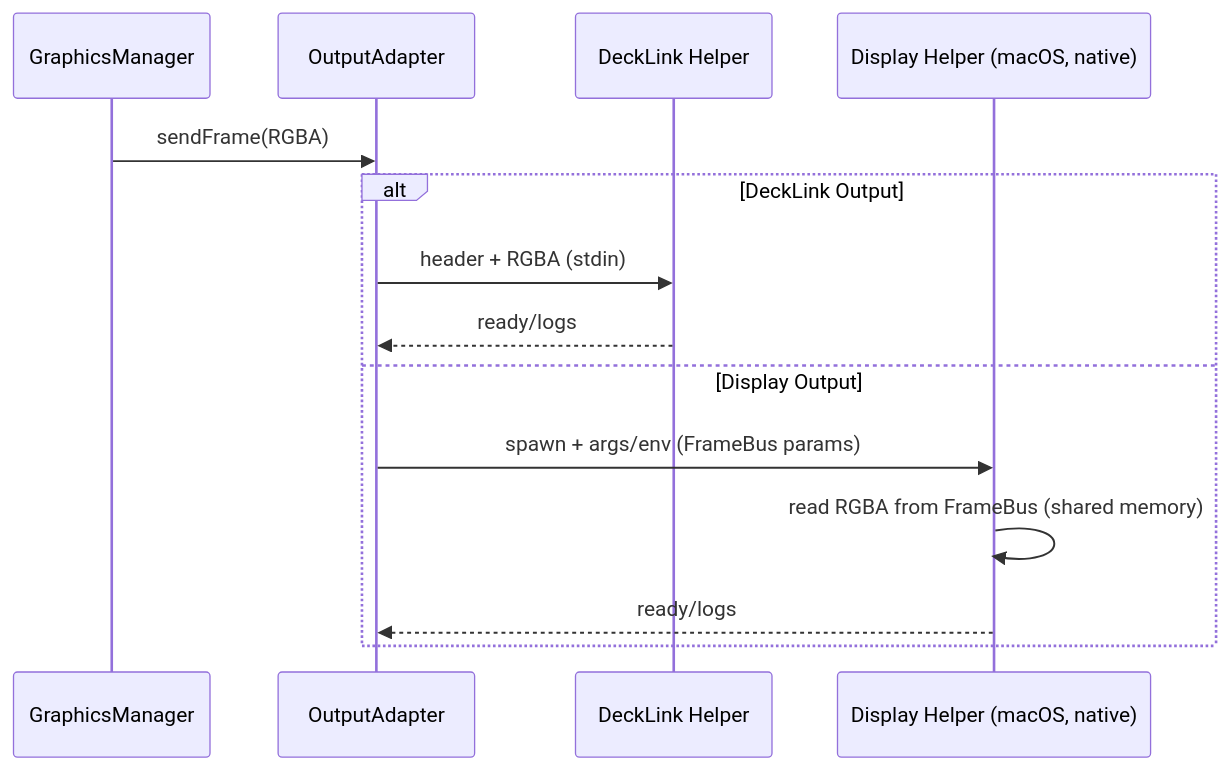
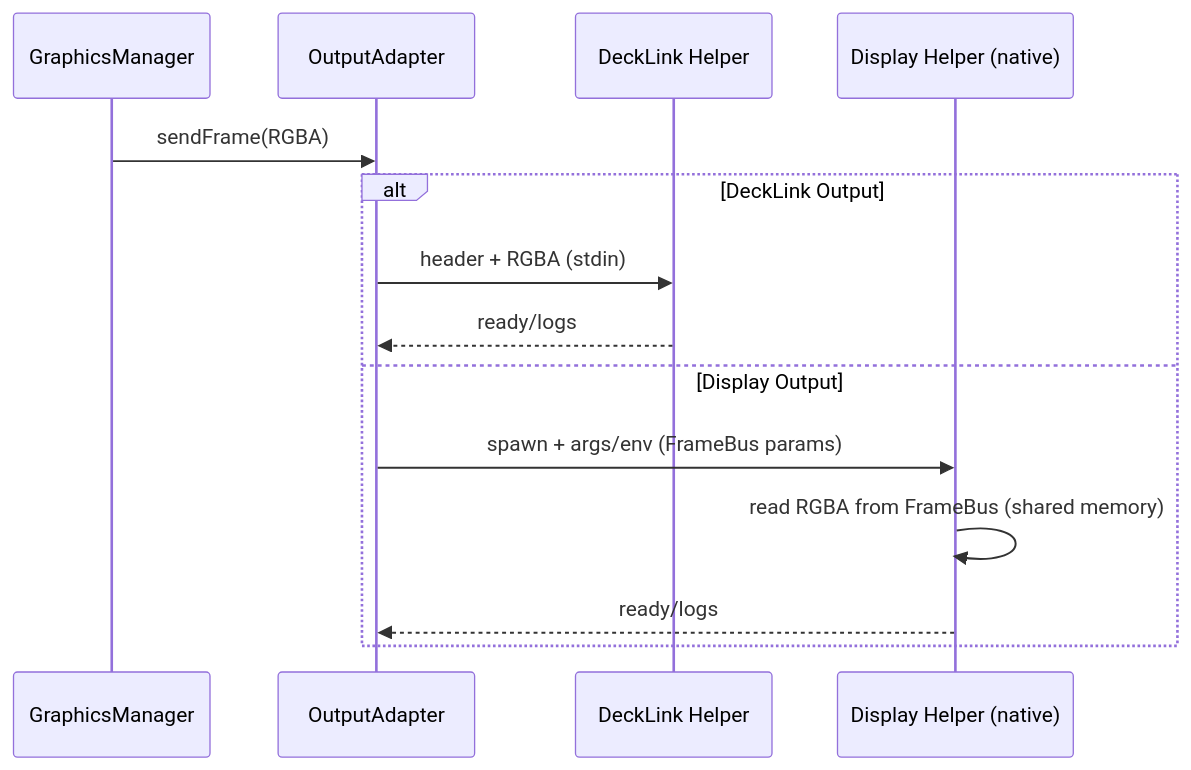
One commit to pivotrecruiting/broadify-bridge changed the diagram in docs/bridge/subsystems/output-helper.md. Above: the diagram before and after it, drawn with Mermaid. The commit also changed other lines of this file and 20 other files, not shown here.

````diff
--- a/docs/bridge/subsystems/output-helper.md
+++ b/docs/bridge/subsystems/output-helper.md
@@ -26,17 +26,17 @@
 ```mermaid
 sequenceDiagram
   participant GM as GraphicsManager
   participant OA as OutputAdapter
   participant DH as DeckLink Helper
-  participant EH as Display Helper (macOS, native)
+  participant EH as Display Helper (native)
 
   GM->>OA: sendFrame(RGBA)
   alt DeckLink Output
     OA->>DH: header + RGBA (stdin)
     DH-->>OA: ready/logs
   else Display Output
     OA->>EH: spawn + args/env (FrameBus params)
     EH->>EH: read RGBA from FrameBus (shared memory)
     EH-->>OA: ready/logs
   end
 ```
````
